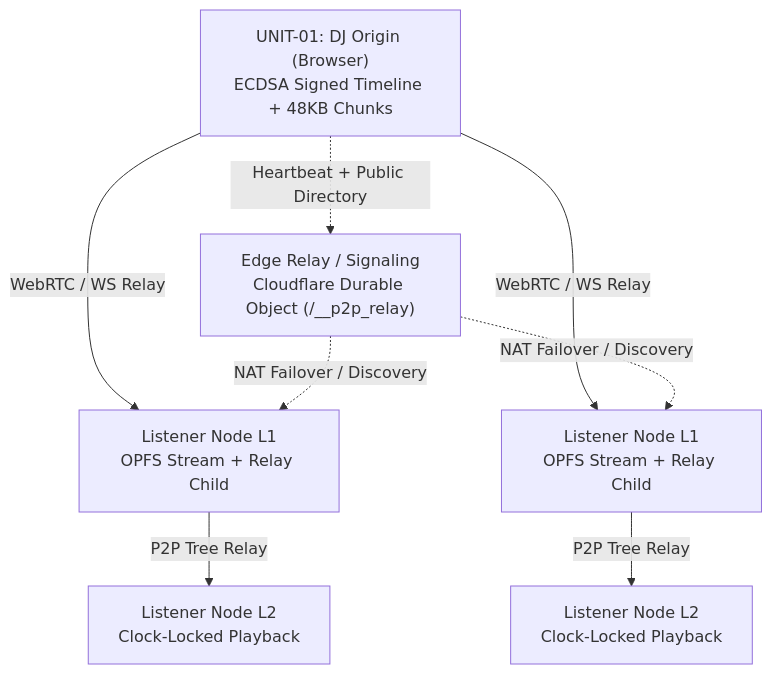
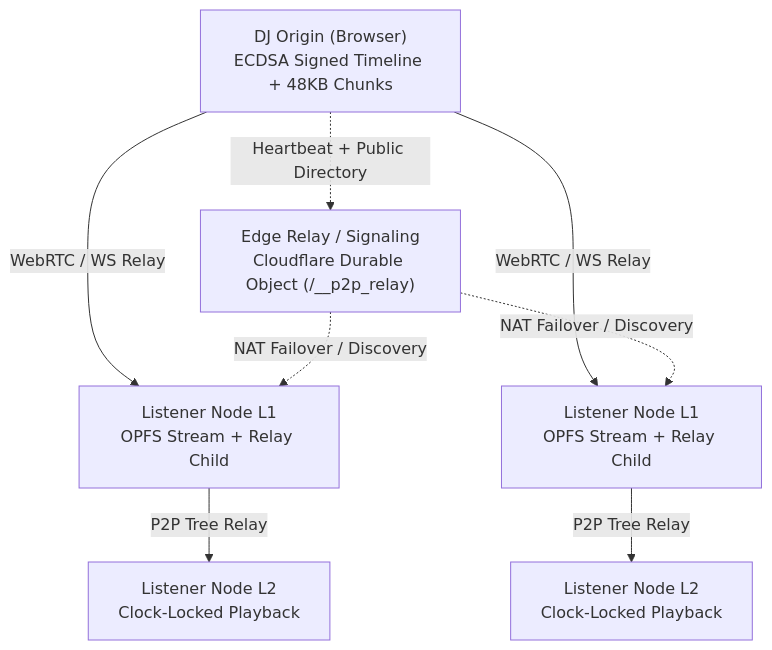
One commit to ICtallgeeseXC/braindance-dj-radio-spa changed the diagram in README.md. Above: the diagram before and after it, drawn with Mermaid. The commit also changed other lines of this file, not shown here.

````diff
--- a/README.md
+++ b/README.md
@@ -47,17 +47,17 @@
 ```mermaid
 flowchart TD
-    DJ["UNIT-01: DJ Origin (Browser)<br/>ECDSA Signed Timeline + 48KB Chunks"]
+    DJ["DJ Origin (Browser)<br/>ECDSA Signed Timeline + 48KB Chunks"]
     Relay["Edge Relay / Signaling<br/>Cloudflare Durable Object (/__p2p_relay)"]
     P1["Listener Node L1<br/>OPFS Stream + Relay Child"]
     P2["Listener Node L1<br/>OPFS Stream + Relay Child"]
     P3["Listener Node L2<br/>Clock-Locked Playback"]
     P4["Listener Node L2<br/>Clock-Locked Playback"]
 
     DJ -->|WebRTC / WS Relay| P1
     DJ -->|WebRTC / WS Relay| P2
     DJ -.->|Heartbeat + Public Directory| Relay
     Relay -.->|NAT Failover / Discovery| P1
     Relay -.->|NAT Failover / Discovery| P2
     P1 -->|P2P Tree Relay| P3
     P2 -->|P2P Tree Relay| P4
 ```
````
